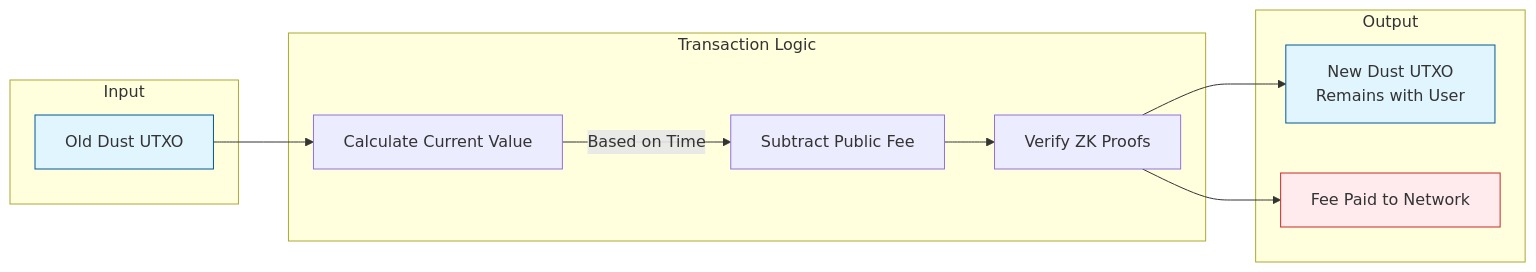
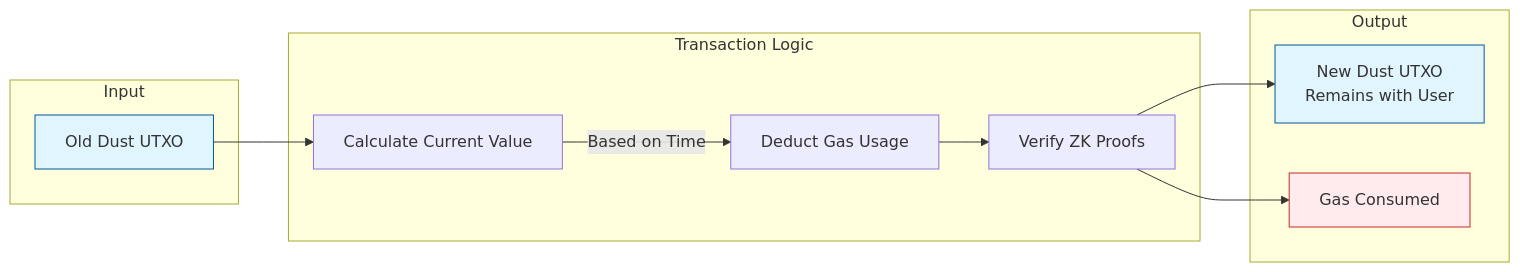
The second of 3 diagrams in blog/2025-12-17-dust-architecture.mdx (midnightntwrk/midnight-docs), drawn with Mermaid before and after one commit. The commit also changed other lines of this file, not shown here.

````diff
--- a/blog/2025-12-17-dust-architecture.mdx
+++ b/blog/2025-12-17-dust-architecture.mdx
@@ -194,27 +194,27 @@
 ```mermaid
 flowchart LR
     subgraph InputGroup [Input]
     OldDust[Old Dust UTXO]
     end
     
     subgraph Logic [Transaction Logic]
     Calc[Calculate Current Value]
-    Fee[Subtract Public Fee]
+    Fee[Deduct Gas Usage]
     ZK[Verify ZK Proofs]
     end
     
     subgraph Out [Output]
     NewDust[New Dust UTXO\nRemains with User]
-    Network[Fee Paid to Network]
+    Network[Gas Consumed]
     end
     
     OldDust --> Calc
     Calc -- Based on Time --> Fee
     Fee --> ZK
     ZK --> NewDust
     ZK --> Network
     
     style OldDust fill:#e1f5fe,stroke:#01579b
     style NewDust fill:#e1f5fe,stroke:#01579b
     style Network fill:#ffebee,stroke:#c62828
 ```
````
